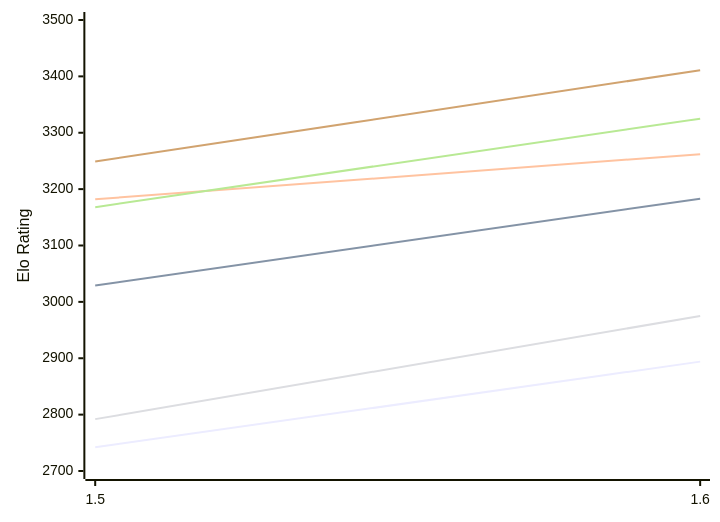
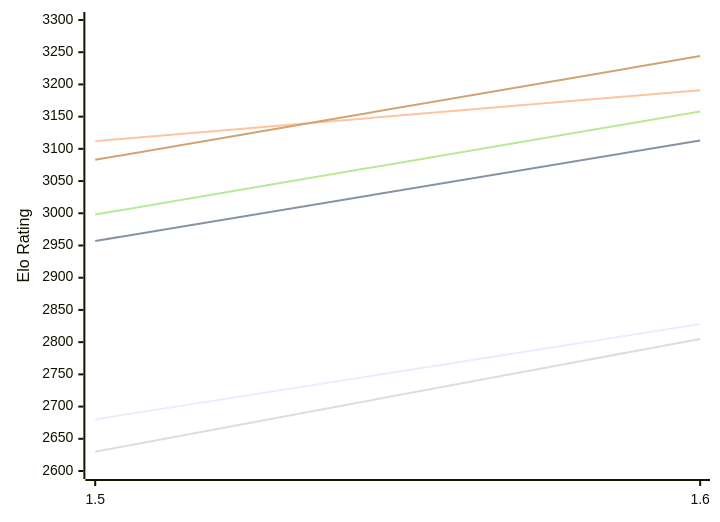
The first of 2 diagrams in engines/Yakka.md (computer-chess-index/cci), drawn with Mermaid before and after one commit. The commit also changed other lines of this file, not shown here.

Commit message:
Update CCI Ratings (ELO VLTC) - 2026-11-13

````diff
--- a/engines/Yakka.md
+++ b/engines/Yakka.md
@@ -51,12 +51,12 @@
 ```mermaid
 %%{init: {"theme":"base","themeVariables":{"seriesColors:['#a3a3a3','#222221','#faa371']}}}%%
 xychart-beta
   x-axis ["1.5", "1.6"]
-  y-axis "Elo Rating" 2700 --> 3500
-  line "E1: STC (8.0+0.08s)" [2742, 2894]
-  line "E1: LTC (60.0+0.60s)" [3029, 3183]
-  line "E1: VLTC (2m24s+1.12s)" [3182, 3262]
-  line "P1: STC (8.0+0.08s)" [2792, 2975]
-  line "P1: LTC (60.0+0.60s)" [3168, 3325]
-  line "P1: VLTC (2m24s+1.12s)" [3249, 3411]
+  y-axis "Elo Rating" 2600 --> 3300
+  line "E1: STC (8.0+0.08s)" [2680, 2828]
+  line "E1: LTC (60.0+0.60s)" [2957, 3113]
+  line "E1: VLTC (2m24s+1.12s)" [3112, 3191]
+  line "P1: STC (8.0+0.08s)" [2630, 2805]
+  line "P1: LTC (60.0+0.60s)" [2998, 3158]
+  line "P1: VLTC (2m24s+1.12s)" [3083, 3244]
 ```
````
